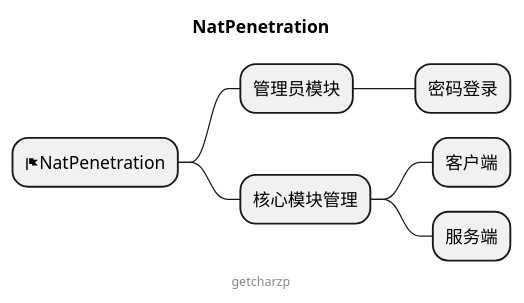
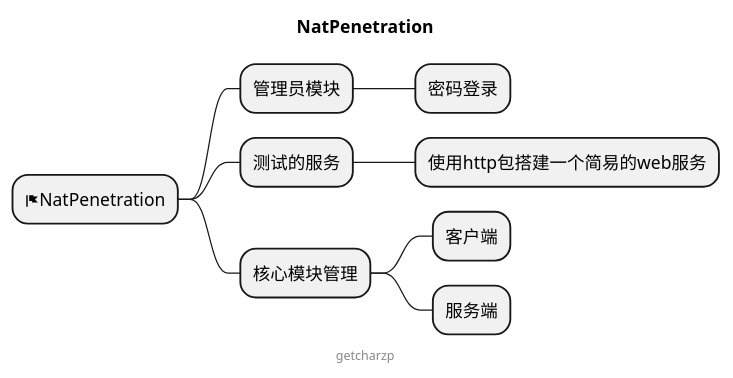
Before and after one commit to GetcharZp/nat-penetratin: the diagram in mind.puml, drawn with PlantUML. The commit also changed 4 other files, not shown here.

```diff
--- a/mind.puml
+++ b/mind.puml
@@ -1,14 +1,16 @@
 @startmindmap
 
 title NatPenetration
 
 * <&flag>NatPenetration
 ** 管理员模块
 *** 密码登录
+** 测试的服务
+*** 使用http包搭建一个简易的web服务
 ** 核心模块管理
 *** 客户端
 *** 服务端
 
 center footer getcharzp
 
 @endmindmap
```
